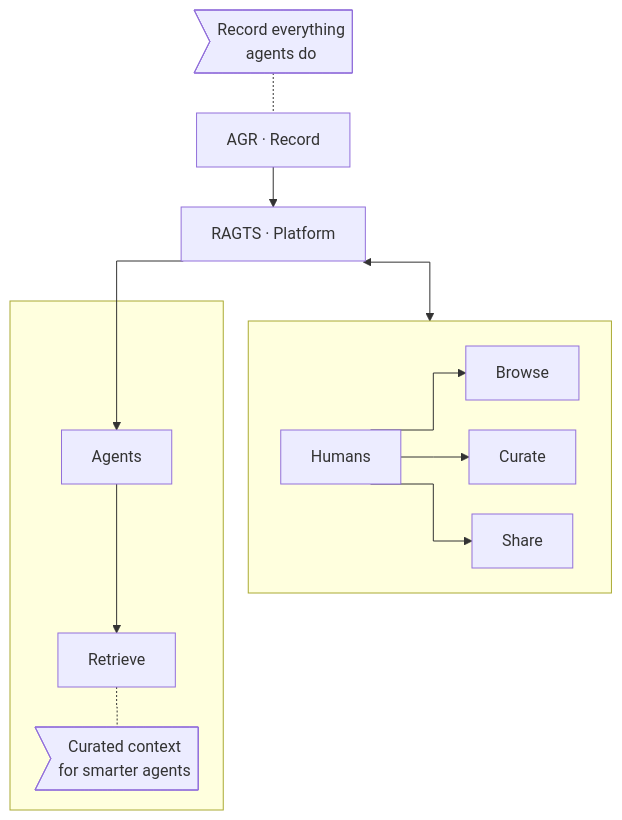
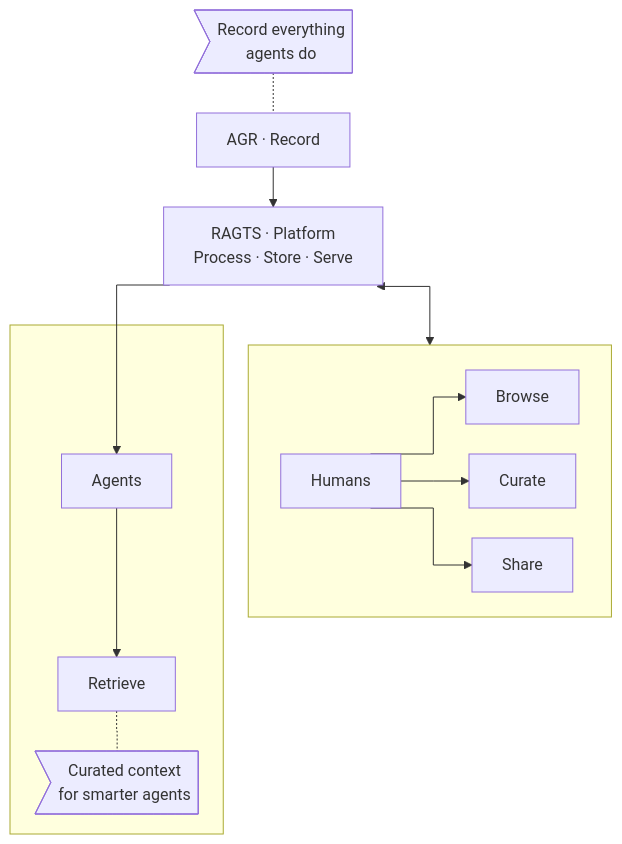
One commit to thiscantbeserious/ragts-learning-platform changed the diagram in README.md. Above: the diagram before and after it, drawn with Mermaid.

Commit message:
update graph

````diff
--- a/README.md
+++ b/README.md
@@ -28,21 +28,21 @@
 ```mermaid
 %%{ init: { 'flowchart': { 'curve': 'stepAfter', 'nodeSpacing': 30, 'rankSpacing': 40 } } }%%
 graph TD
     AD>Record everything<br/>agents do] -.- A
-    A[AGR · Record] --> R[RAGTS · Platform]
+    A[AGR · Record] --> R[RAGTS · Platform<br/>Process · Store · Serve]
 
     R <--> H[Humans]
     R --> AG[Agents]
 
     subgraph " "
         direction LR
         H --> Browse
         H --> Curate
         H --> Share
     end
 
     subgraph "  "
         AG --> Retrieve
         Retrieve -.- RD>Curated context<br/>for smarter agents]
     end
 ```
````
